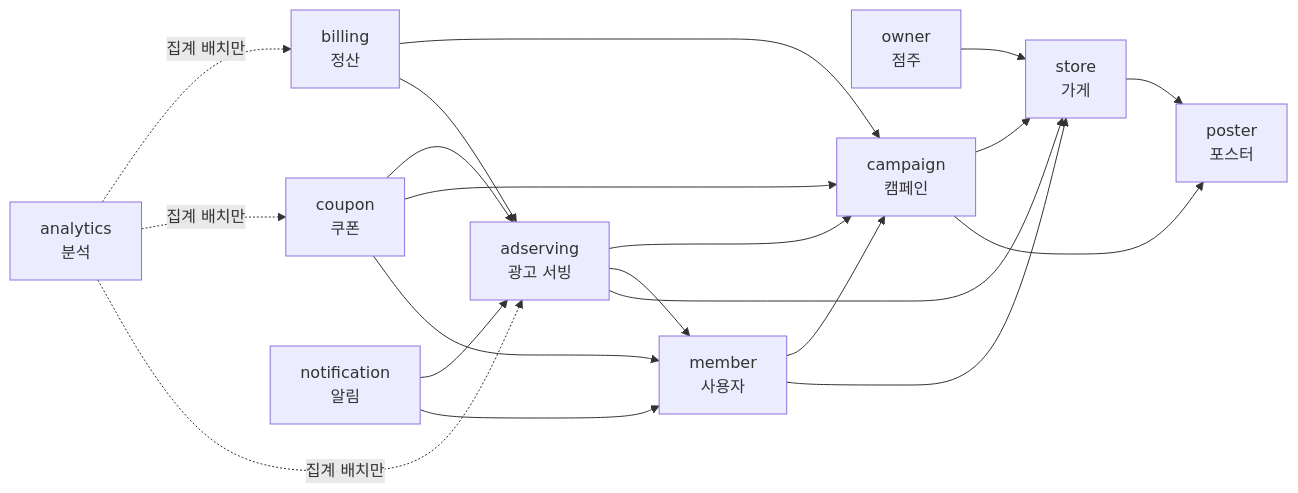
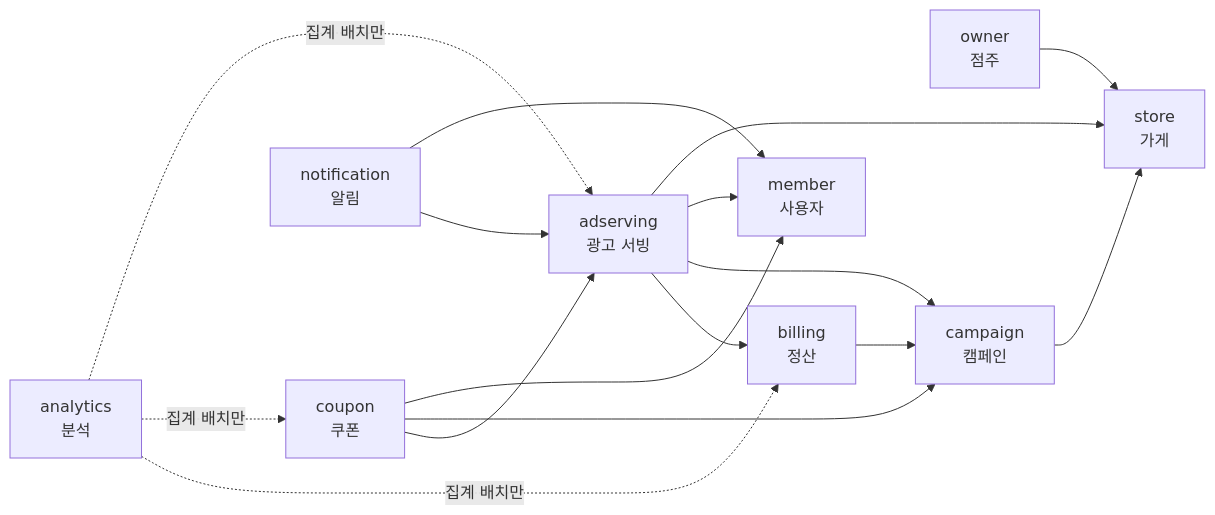
One commit to lunch-catch/lc-backend changed the second of 2 diagrams in docs/architecture/런치캐치_도메인_구조와_의존성_설계.md. Above: the diagram before and after it, drawn with Mermaid. The commit also changed other lines of this file and 3 other files, not shown here.

````diff
--- a/docs/architecture/런치캐치_도메인_구조와_의존성_설계.md
+++ b/docs/architecture/런치캐치_도메인_구조와_의존성_설계.md
@@ -183,31 +238,26 @@
 ```mermaid
 flowchart LR
   ANA["analytics<br/>분석"]
-  BIL["billing<br/>정산"]
   COU["coupon<br/>쿠폰"]
   NOT["notification<br/>알림"]
   OWN["owner<br/>점주"]
   ADS["adserving<br/>광고 서빙"]
+  BIL["billing<br/>정산"]
   MEM["member<br/>사용자"]
   CAM["campaign<br/>캠페인"]
   STO["store<br/>가게"]
-  POS["poster<br/>포스터"]
 
   ANA -. "집계 배치만" .-> BIL & COU & ADS
   BIL --> CAM
-  BIL --> ADS
   COU --> ADS
   COU --> CAM
   COU --> MEM
   NOT --> ADS
   NOT --> MEM
   OWN --> STO
+  ADS --> BIL
   ADS --> CAM
   ADS --> MEM
   ADS --> STO
-  MEM --> CAM
-  MEM --> STO
   CAM --> STO
-  CAM --> POS
-  STO --> POS
 ```
````
